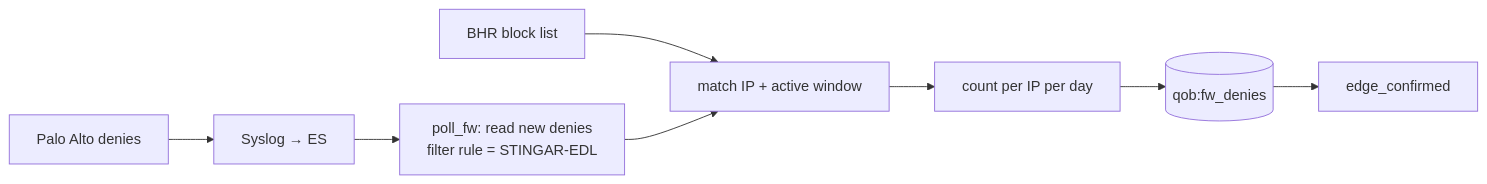
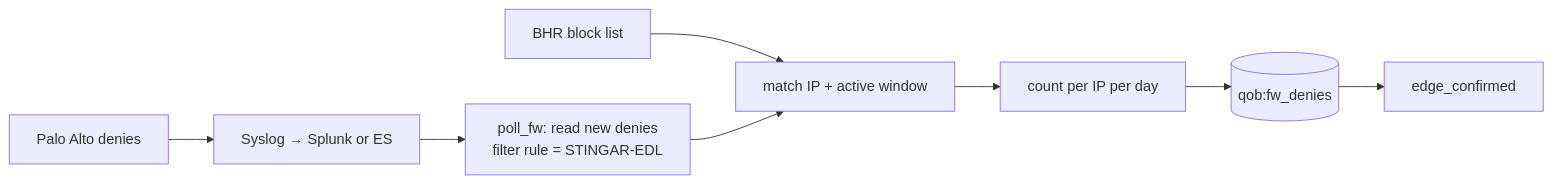
One commit to reese-pagtalunan/quality-of-blocking changed the second of 3 diagrams in plan-fw-denies.md. Above: the diagram before and after it, drawn with Mermaid. The commit also changed other lines of this file and 4 other files, not shown here.

````diff
--- a/plan-fw-denies.md
+++ b/plan-fw-denies.md
@@ -95,9 +103,9 @@
 ```mermaid
 flowchart LR
-    PAN["Palo Alto denies"] --> SYS["Syslog → ES"]
+    PAN["Palo Alto denies"] --> SYS["Syslog → Splunk or ES"]
     SYS --> READ["poll_fw: read new denies<br/>filter rule = STINGAR-EDL"]
     LIST["BHR block list"] --> MATCH["match IP + active window"]
     READ --> MATCH --> COUNT["count per IP per day"]
     COUNT --> REDIS[("qob:fw_denies")]
     REDIS --> FLAG["edge_confirmed"]
 ```
````
